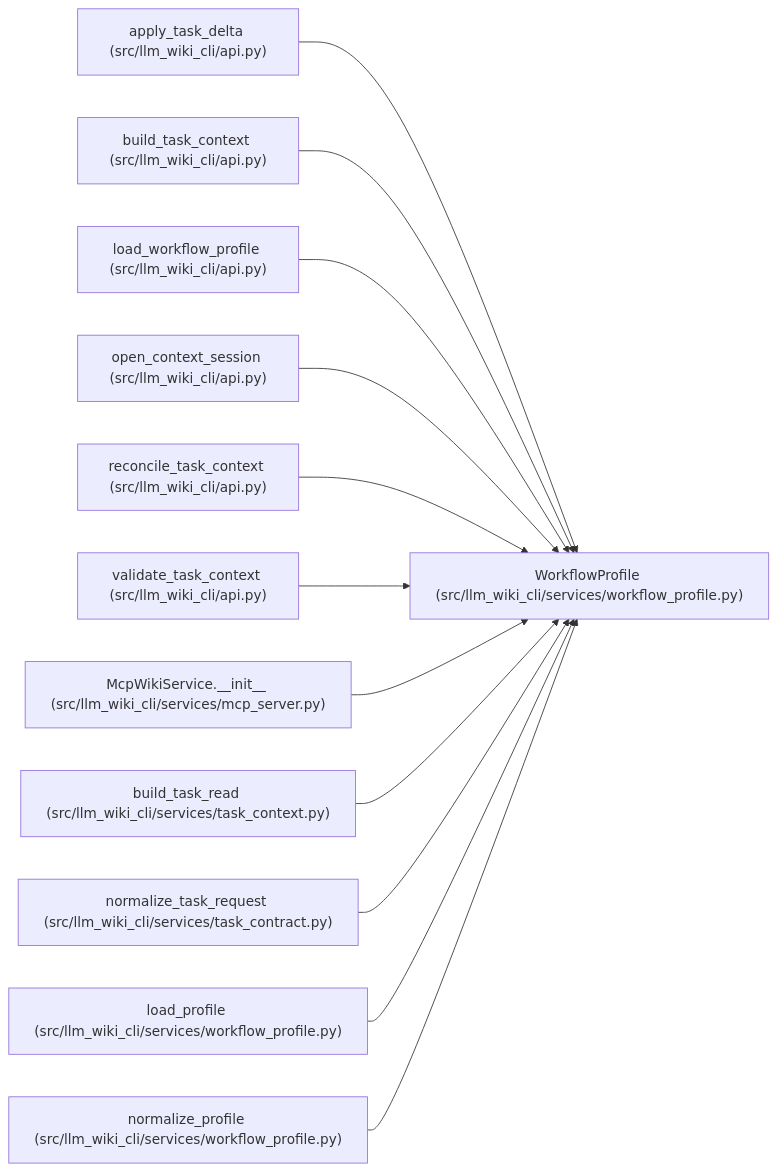
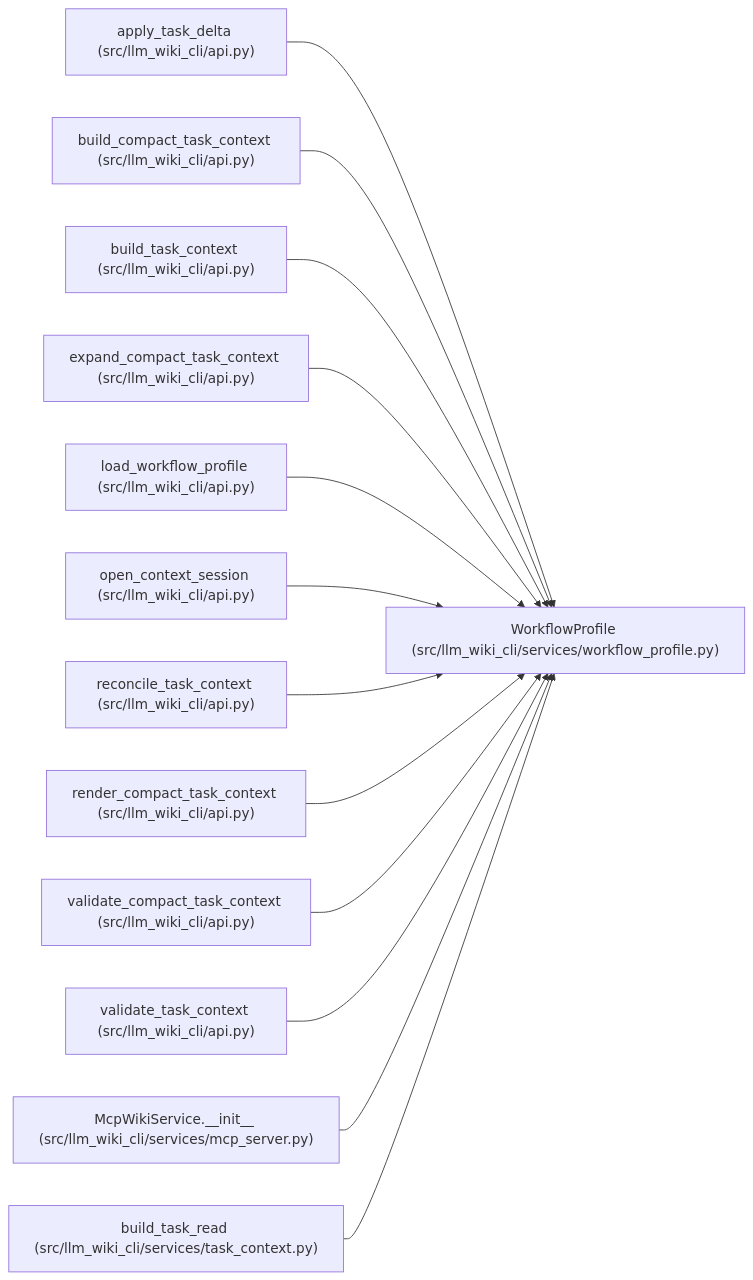
Before and after one commit to Denissvgn/python-wiki-llm: the diagram in docs/llm_wiki/entities/WorkflowProfile.md, drawn with Mermaid. The commit also changed other lines of this file and 1410 other files, not shown here.

First line of the commit message:
Add source-grounded task guides and re-anchor the maintained wiki

````diff
--- a/docs/llm_wiki/entities/WorkflowProfile.md
+++ b/docs/llm_wiki/entities/WorkflowProfile.md
@@ -32,38 +32,41 @@
 ```mermaid
 flowchart LR
     n0["WorkflowProfile (src/llm_wiki_cli/services/workflow_profile.py)"]
     n1["apply_task_delta (src/llm_wiki_cli/api.py)"]
-    n2["build_task_context (src/llm_wiki_cli/api.py)"]
-    n3["load_workflow_profile (src/llm_wiki_cli/api.py)"]
-    n4["open_context_session (src/llm_wiki_cli/api.py)"]
-    n5["reconcile_task_context (src/llm_wiki_cli/api.py)"]
-    n6["validate_task_context (src/llm_wiki_cli/api.py)"]
-    n7["McpWikiService.__init__ (src/llm_wiki_cli/services/mcp_server.py)"]
-    n8["build_task_read (src/llm_wiki_cli/services/task_context.py)"]
-    n9["normalize_task_request (src/llm_wiki_cli/services/task_contract.py)"]
-    n10["load_profile (src/llm_wiki_cli/services/workflow_profile.py)"]
-    n11["normalize_profile (src/llm_wiki_cli/services/workflow_profile.py)"]
+    n2["build_compact_task_context (src/llm_wiki_cli/api.py)"]
+    n3["build_task_context (src/llm_wiki_cli/api.py)"]
+    n4["expand_compact_task_context (src/llm_wiki_cli/api.py)"]
+    n5["load_workflow_profile (src/llm_wiki_cli/api.py)"]
+    n6["open_context_session (src/llm_wiki_cli/api.py)"]
+    n7["reconcile_task_context (src/llm_wiki_cli/api.py)"]
+    n8["render_compact_task_context (src/llm_wiki_cli/api.py)"]
+    n9["validate_compact_task_context (src/llm_wiki_cli/api.py)"]
+    n10["validate_task_context (src/llm_wiki_cli/api.py)"]
+    n11["McpWikiService.__init__ (src/llm_wiki_cli/services/mcp_server.py)"]
+    n12["build_task_read (src/llm_wiki_cli/services/task_context.py)"]
     n1 --> n0
     n2 --> n0
     n3 --> n0
     n4 --> n0
     n5 --> n0
     n6 --> n0
     n7 --> n0
     n8 --> n0
     n9 --> n0
     n10 --> n0
     n11 --> n0
+    n12 --> n0
     click n0 "../modules/workflow_profile.md"
     click n1 "../modules/api.md"
     click n2 "../modules/api.md"
     click n3 "../modules/api.md"
     click n4 "../modules/api.md"
     click n5 "../modules/api.md"
     click n6 "../modules/api.md"
-    click n7 "../modules/mcp_server.md"
-    click n8 "../modules/task_context.md"
-    click n9 "../modules/task_contract.md"
-    click n10 "../modules/workflow_profile.md"
-    click n11 "../modules/workflow_profile.md"
+    click n7 "../modules/api.md"
+    click n8 "../modules/api.md"
+    click n9 "../modules/api.md"
+    click n10 "../modules/api.md"
+    click n11 "../modules/mcp_server.md"
+    click n12 "../modules/task_context.md"
 ```
````
